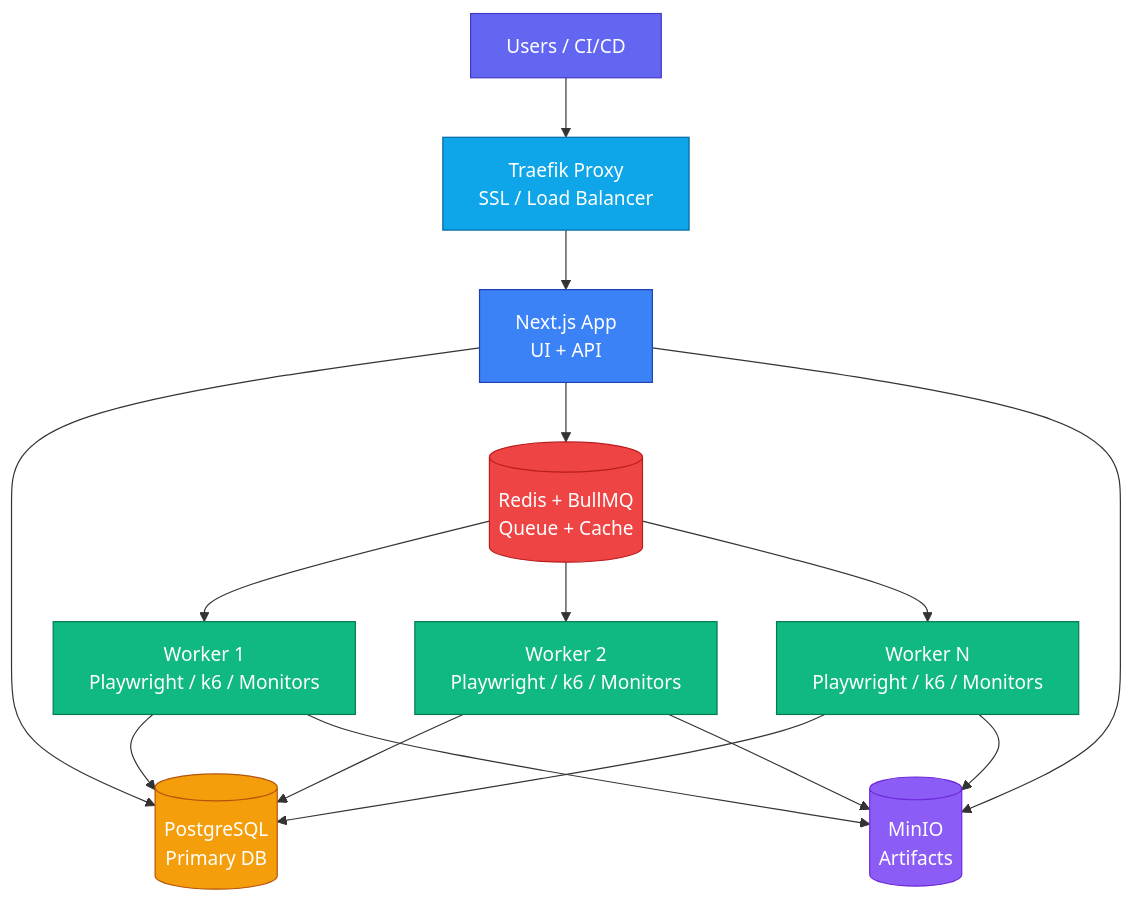
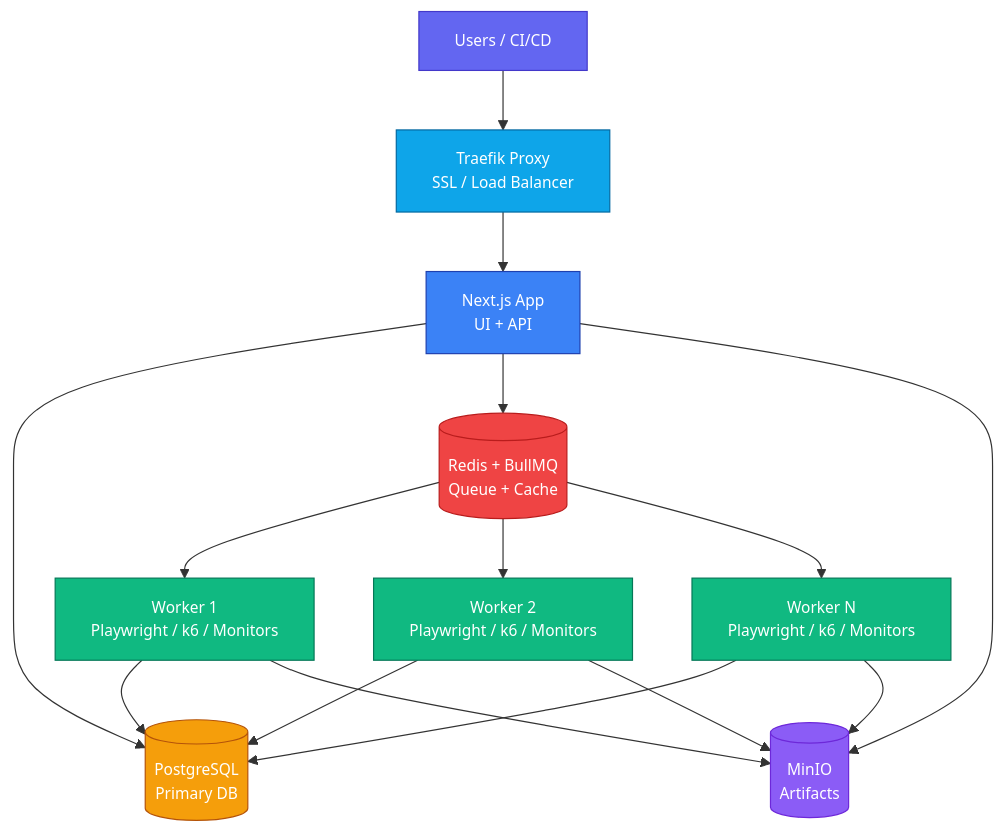
The diagram in docs/content/docs/deployment/self-hosted.mdx (supercheck-io/supercheck), drawn with Mermaid before and after one commit. The commit also changed 5 other files, not shown here.

Commit message:
chore: Update app and worker Docker images and UI badge to 1.2.1, and add mermaid diagram font size configuration.

````diff
--- a/docs/content/docs/deployment/self-hosted.mdx
+++ b/docs/content/docs/deployment/self-hosted.mdx
@@ -9,26 +9,27 @@
 ```mermaid
+%%{init: {'themeVariables': { 'fontSize': '13px'}}}%%
 flowchart TB
     Users[Users / CI/CD] --> T[Traefik Proxy<br/>SSL / Load Balancer]
     T --> App[Next.js App<br/>UI + API]
     
     App --> DB[(PostgreSQL<br/>Primary DB)]
     App --> Redis[(Redis + BullMQ<br/>Queue + Cache)]
     App --> S3[(MinIO<br/>Artifacts)]
     
     Redis --> W1[Worker 1<br/>Playwright / k6 / Monitors]
     Redis --> W2[Worker 2<br/>Playwright / k6 / Monitors]
     Redis --> WN[Worker N<br/>Playwright / k6 / Monitors]
     
     W1 & W2 & WN --> DB
     W1 & W2 & WN --> S3
 
     style Users fill:#6366f1,stroke:#4338ca,color:#fff
     style T fill:#0ea5e9,stroke:#0369a1,color:#fff
     style App fill:#3b82f6,stroke:#1e40af,color:#fff
     style DB fill:#f59e0b,stroke:#b45309,color:#fff
     style Redis fill:#ef4444,stroke:#b91c1c,color:#fff
     style S3 fill:#8b5cf6,stroke:#6d28d9,color:#fff
     style W1 fill:#10b981,stroke:#047857,color:#fff
     style W2 fill:#10b981,stroke:#047857,color:#fff
     style WN fill:#10b981,stroke:#047857,color:#fff
 ```
````
